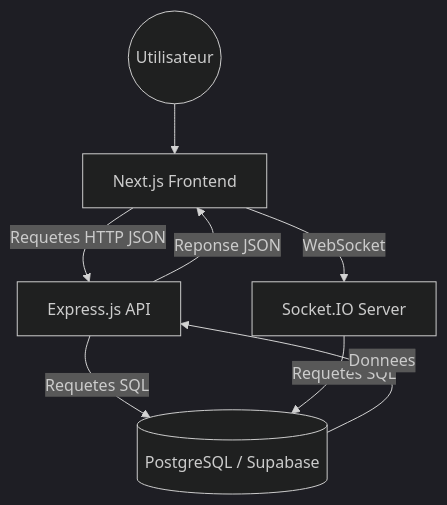
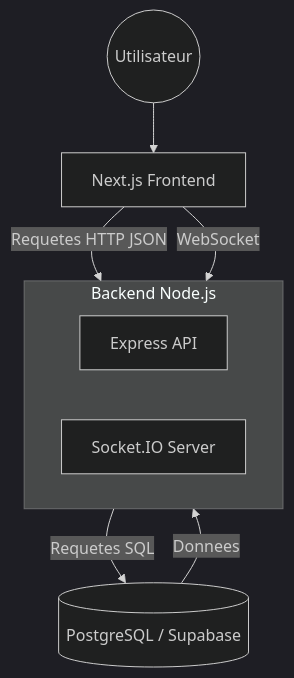
The first of 2 diagrams in README.md (LeM701/rtc-project), drawn with Mermaid (dark theme) before and after one commit.

Commit message:
docs: restore full README with simplified architecture diagram

````diff
--- a/README.md
+++ b/README.md
@@ -12,10 +12,12 @@
 ```mermaid
 graph TD
     User((Utilisateur)) --> NextJS[Next.js Frontend]
-    NextJS -- "Requetes HTTP JSON" --> Express[Express.js API]
-    NextJS -- "WebSocket" --> Socket[Socket.IO Server]
-    Express -- "Requetes SQL" --> Postgres[(PostgreSQL / Supabase)]
-    Socket -- "Requetes SQL" --> Postgres
-    Postgres -- "Donnees" --> Express
-    Express -- "Reponse JSON" --> NextJS
+    NextJS -- "Requetes HTTP JSON" --> Backend
+    NextJS -- "WebSocket" --> Backend
+    subgraph Backend[Backend Node.js]
+        Express[Express API]
+        Socket[Socket.IO Server]
+    end
+    Backend -- "Requetes SQL" --> Postgres[(PostgreSQL / Supabase)]
+    Postgres -- "Donnees" --> Backend
 ```
````
